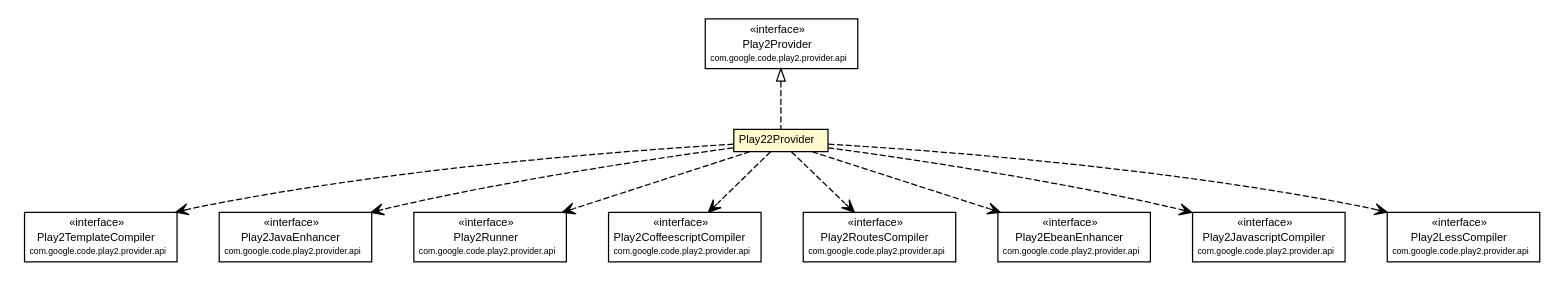
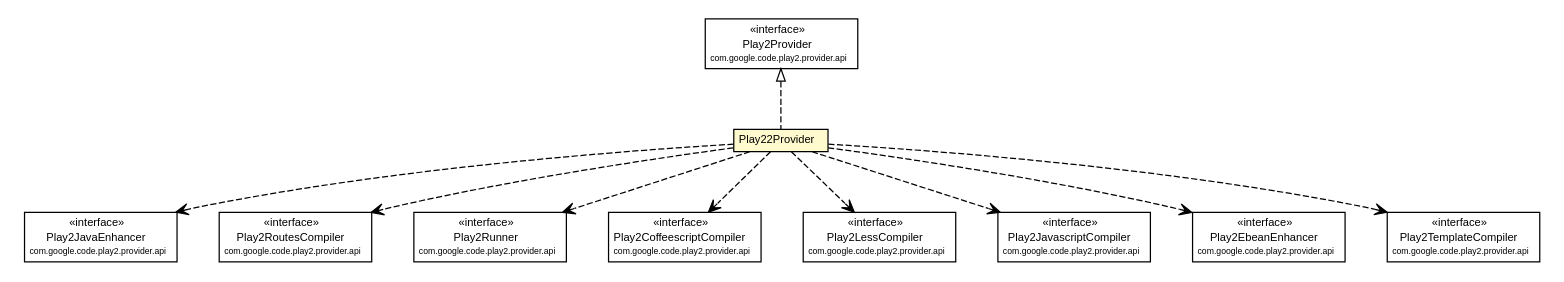
The diagram in play2-maven-plugin/1.0.0-beta6-SNAPSHOT/play2-providers/play2-provider-play22/apidocs/com/google/code/play2/provider/play22/Play22Provider.dot (play2-maven-plugin/play2-maven-plugin.github.io), drawn with Graphviz before and after one commit. The commit also changed 339 other files, not shown here.

```diff
--- a/play2-maven-plugin/1.0.0-beta6-SNAPSHOT/play2-providers/play2-provider-play22/apidocs/com/google/code/play2/provider/play22/Play22Provider.dot
+++ b/play2-maven-plugin/1.0.0-beta6-SNAPSHOT/play2-providers/play2-provider-play22/apidocs/com/google/code/play2/provider/play22/Play22Provider.dot
@@ -1,108 +1,108 @@
 #!/usr/local/bin/dot
 #
 # Class diagram 
 # Generated by UMLGraph version R5_6-24-gf6e263 (http://www.umlgraph.org/)
 #
 
 digraph G {
 	edge [fontname="arial",fontsize=10,labelfontname="arial",labelfontsize=10];
 	node [fontname="arial",fontsize=10,shape=plaintext];
 	nodesep=0.25;
 	ranksep=0.5;
 	// com.google.code.play2.provider.play22.Play22Provider
 	c189 [label=<<table title="com.google.code.play2.provider.play22.Play22Provider" border="0" cellborder="1" cellspacing="0" cellpadding="2" port="p" bgcolor="lemonChiffon" href="./Play22Provider.html">
 		<tr><td><table border="0" cellspacing="0" cellpadding="1">
 <tr><td align="center" balign="center"> Play22Provider </td></tr>
 		</table></td></tr>
 		</table>>, URL="./Play22Provider.html", fontname="arial", fontcolor="black", fontsize=9.0];
 	//com.google.code.play2.provider.play22.Play22Provider implements com.google.code.play2.provider.api.Play2Provider
 	c198:p -> c189:p [dir=back,arrowtail=empty,style=dashed];
-	// com.google.code.play2.provider.play22.Play22Provider DEPEND com.google.code.play2.provider.api.Play2TemplateCompiler
+	// com.google.code.play2.provider.play22.Play22Provider DEPEND com.google.code.play2.provider.api.Play2JavaEnhancer
 	c189:p -> c199:p [taillabel="", label="", headlabel="", fontname="arial", fontcolor="black", fontsize=10.0, color="black", arrowhead=open, style=dashed];
-	// com.google.code.play2.provider.play22.Play22Provider DEPEND com.google.code.play2.provider.api.Play2JavaEnhancer
+	// com.google.code.play2.provider.play22.Play22Provider DEPEND com.google.code.play2.provider.api.Play2RoutesCompiler
 	c189:p -> c200:p [taillabel="", label="", headlabel="", fontname="arial", fontcolor="black", fontsize=10.0, color="black", arrowhead=open, style=dashed];
 	// com.google.code.play2.provider.play22.Play22Provider DEPEND com.google.code.play2.provider.api.Play2Runner
 	c189:p -> c201:p [taillabel="", label="", headlabel="", fontname="arial", fontcolor="black", fontsize=10.0, color="black", arrowhead=open, style=dashed];
 	// com.google.code.play2.provider.play22.Play22Provider DEPEND com.google.code.play2.provider.api.Play2CoffeescriptCompiler
 	c189:p -> c202:p [taillabel="", label="", headlabel="", fontname="arial", fontcolor="black", fontsize=10.0, color="black", arrowhead=open, style=dashed];
-	// com.google.code.play2.provider.play22.Play22Provider DEPEND com.google.code.play2.provider.api.Play2RoutesCompiler
+	// com.google.code.play2.provider.play22.Play22Provider DEPEND com.google.code.play2.provider.api.Play2LessCompiler
 	c189:p -> c203:p [taillabel="", label="", headlabel="", fontname="arial", fontcolor="black", fontsize=10.0, color="black", arrowhead=open, style=dashed];
+	// com.google.code.play2.provider.play22.Play22Provider DEPEND com.google.code.play2.provider.api.Play2JavascriptCompiler
+	c189:p -> c204:p [taillabel="", label="", headlabel="", fontname="arial", fontcolor="black", fontsize=10.0, color="black", arrowhead=open, style=dashed];
 	// com.google.code.play2.provider.play22.Play22Provider DEPEND com.google.code.play2.provider.api.Play2EbeanEnhancer
-	c189:p -> c204:p [taillabel="", label="", headlabel="", fontname="arial", fontcolor="black", fontsize=10.0, color="black", arrowhead=open, style=dashed];
-	// com.google.code.play2.provider.play22.Play22Provider DEPEND com.google.code.play2.provider.api.Play2JavascriptCompiler
 	c189:p -> c205:p [taillabel="", label="", headlabel="", fontname="arial", fontcolor="black", fontsize=10.0, color="black", arrowhead=open, style=dashed];
-	// com.google.code.play2.provider.play22.Play22Provider DEPEND com.google.code.play2.provider.api.Play2LessCompiler
+	// com.google.code.play2.provider.play22.Play22Provider DEPEND com.google.code.play2.provider.api.Play2TemplateCompiler
 	c189:p -> c206:p [taillabel="", label="", headlabel="", fontname="arial", fontcolor="black", fontsize=10.0, color="black", arrowhead=open, style=dashed];
 	// com.google.code.play2.provider.api.Play2Provider
 	c198 [label=<<table title="com.google.code.play2.provider.api.Play2Provider" border="0" cellborder="1" cellspacing="0" cellpadding="2" port="p">
 		<tr><td><table border="0" cellspacing="0" cellpadding="1">
 <tr><td align="center" balign="center"> &#171;interface&#187; </td></tr>
 <tr><td align="center" balign="center"> Play2Provider </td></tr>
 <tr><td align="center" balign="center"><font point-size="7.0"> com.google.code.play2.provider.api </font></td></tr>
 		</table></td></tr>
 		</table>>, URL="null", fontname="arial", fontcolor="black", fontsize=9.0];
 	// com.google.code.play2.provider.api.Play2RoutesCompiler
-	c203 [label=<<table title="com.google.code.play2.provider.api.Play2RoutesCompiler" border="0" cellborder="1" cellspacing="0" cellpadding="2" port="p">
+	c200 [label=<<table title="com.google.code.play2.provider.api.Play2RoutesCompiler" border="0" cellborder="1" cellspacing="0" cellpadding="2" port="p">
 		<tr><td><table border="0" cellspacing="0" cellpadding="1">
 <tr><td align="center" balign="center"> &#171;interface&#187; </td></tr>
 <tr><td align="center" balign="center"> Play2RoutesCompiler </td></tr>
 <tr><td align="center" balign="center"><font point-size="7.0"> com.google.code.play2.provider.api </font></td></tr>
 		</table></td></tr>
 		</table>>, URL="null", fontname="arial", fontcolor="black", fontsize=9.0];
 	// com.google.code.play2.provider.api.Play2LessCompiler
-	c206 [label=<<table title="com.google.code.play2.provider.api.Play2LessCompiler" border="0" cellborder="1" cellspacing="0" cellpadding="2" port="p">
+	c203 [label=<<table title="com.google.code.play2.provider.api.Play2LessCompiler" border="0" cellborder="1" cellspacing="0" cellpadding="2" port="p">
 		<tr><td><table border="0" cellspacing="0" cellpadding="1">
 <tr><td align="center" balign="center"> &#171;interface&#187; </td></tr>
 <tr><td align="center" balign="center"> Play2LessCompiler </td></tr>
 <tr><td align="center" balign="center"><font point-size="7.0"> com.google.code.play2.provider.api </font></td></tr>
 		</table></td></tr>
 		</table>>, URL="null", fontname="arial", fontcolor="black", fontsize=9.0];
 	// com.google.code.play2.provider.api.Play2TemplateCompiler
-	c199 [label=<<table title="com.google.code.play2.provider.api.Play2TemplateCompiler" border="0" cellborder="1" cellspacing="0" cellpadding="2" port="p">
+	c206 [label=<<table title="com.google.code.play2.provider.api.Play2TemplateCompiler" border="0" cellborder="1" cellspacing="0" cellpadding="2" port="p">
 		<tr><td><table border="0" cellspacing="0" cellpadding="1">
 <tr><td align="center" balign="center"> &#171;interface&#187; </td></tr>
 <tr><td align="center" balign="center"> Play2TemplateCompiler </td></tr>
 <tr><td align="center" balign="center"><font point-size="7.0"> com.google.code.play2.provider.api </font></td></tr>
 		</table></td></tr>
 		</table>>, URL="null", fontname="arial", fontcolor="black", fontsize=9.0];
 	// com.google.code.play2.provider.api.Play2CoffeescriptCompiler
 	c202 [label=<<table title="com.google.code.play2.provider.api.Play2CoffeescriptCompiler" border="0" cellborder="1" cellspacing="0" cellpadding="2" port="p">
 		<tr><td><table border="0" cellspacing="0" cellpadding="1">
 <tr><td align="center" balign="center"> &#171;interface&#187; </td></tr>
 <tr><td align="center" balign="center"> Play2CoffeescriptCompiler </td></tr>
 <tr><td align="center" balign="center"><font point-size="7.0"> com.google.code.play2.provider.api </font></td></tr>
 		</table></td></tr>
 		</table>>, URL="null", fontname="arial", fontcolor="black", fontsize=9.0];
 	// com.google.code.play2.provider.api.Play2EbeanEnhancer
-	c204 [label=<<table title="com.google.code.play2.provider.api.Play2EbeanEnhancer" border="0" cellborder="1" cellspacing="0" cellpadding="2" port="p">
+	c205 [label=<<table title="com.google.code.play2.provider.api.Play2EbeanEnhancer" border="0" cellborder="1" cellspacing="0" cellpadding="2" port="p">
 		<tr><td><table border="0" cellspacing="0" cellpadding="1">
 <tr><td align="center" balign="center"> &#171;interface&#187; </td></tr>
 <tr><td align="center" balign="center"> Play2EbeanEnhancer </td></tr>
 <tr><td align="center" balign="center"><font point-size="7.0"> com.google.code.play2.provider.api </font></td></tr>
 		</table></td></tr>
 		</table>>, URL="null", fontname="arial", fontcolor="black", fontsize=9.0];
 	// com.google.code.play2.provider.api.Play2JavascriptCompiler
-	c205 [label=<<table title="com.google.code.play2.provider.api.Play2JavascriptCompiler" border="0" cellborder="1" cellspacing="0" cellpadding="2" port="p">
+	c204 [label=<<table title="com.google.code.play2.provider.api.Play2JavascriptCompiler" border="0" cellborder="1" cellspacing="0" cellpadding="2" port="p">
 		<tr><td><table border="0" cellspacing="0" cellpadding="1">
 <tr><td align="center" balign="center"> &#171;interface&#187; </td></tr>
 <tr><td align="center" balign="center"> Play2JavascriptCompiler </td></tr>
 <tr><td align="center" balign="center"><font point-size="7.0"> com.google.code.play2.provider.api </font></td></tr>
 		</table></td></tr>
 		</table>>, URL="null", fontname="arial", fontcolor="black", fontsize=9.0];
 	// com.google.code.play2.provider.api.Play2JavaEnhancer
-	c200 [label=<<table title="com.google.code.play2.provider.api.Play2JavaEnhancer" border="0" cellborder="1" cellspacing="0" cellpadding="2" port="p">
+	c199 [label=<<table title="com.google.code.play2.provider.api.Play2JavaEnhancer" border="0" cellborder="1" cellspacing="0" cellpadding="2" port="p">
 		<tr><td><table border="0" cellspacing="0" cellpadding="1">
 <tr><td align="center" balign="center"> &#171;interface&#187; </td></tr>
 <tr><td align="center" balign="center"> Play2JavaEnhancer </td></tr>
 <tr><td align="center" balign="center"><font point-size="7.0"> com.google.code.play2.provider.api </font></td></tr>
 		</table></td></tr>
 		</table>>, URL="null", fontname="arial", fontcolor="black", fontsize=9.0];
 	// com.google.code.play2.provider.api.Play2Runner
 	c201 [label=<<table title="com.google.code.play2.provider.api.Play2Runner" border="0" cellborder="1" cellspacing="0" cellpadding="2" port="p">
 		<tr><td><table border="0" cellspacing="0" cellpadding="1">
 <tr><td align="center" balign="center"> &#171;interface&#187; </td></tr>
 <tr><td align="center" balign="center"> Play2Runner </td></tr>
 <tr><td align="center" balign="center"><font point-size="7.0"> com.google.code.play2.provider.api </font></td></tr>
 		</table></td></tr>
 		</table>>, URL="null", fontname="arial", fontcolor="black", fontsize=9.0];
 }
```
